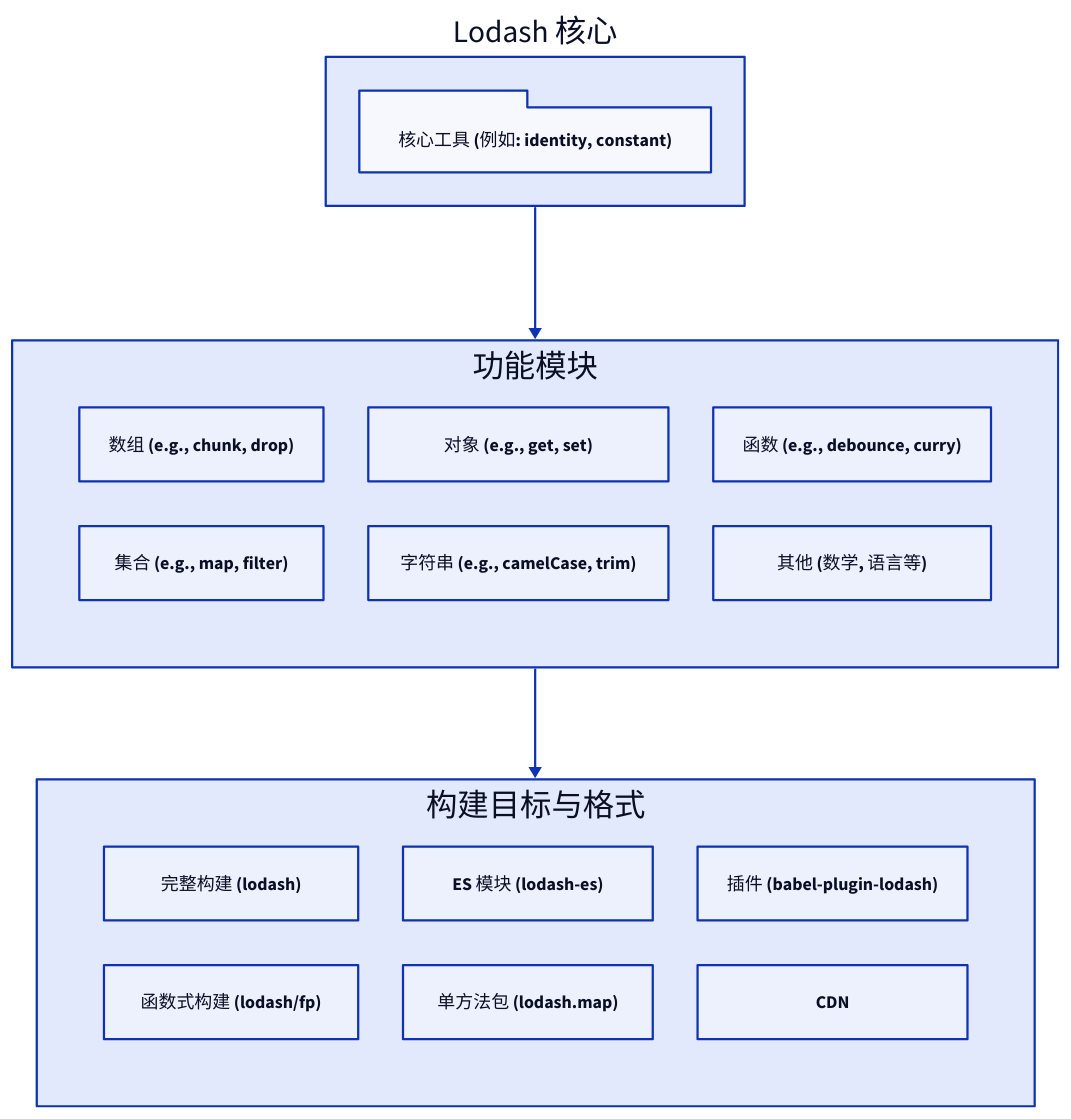
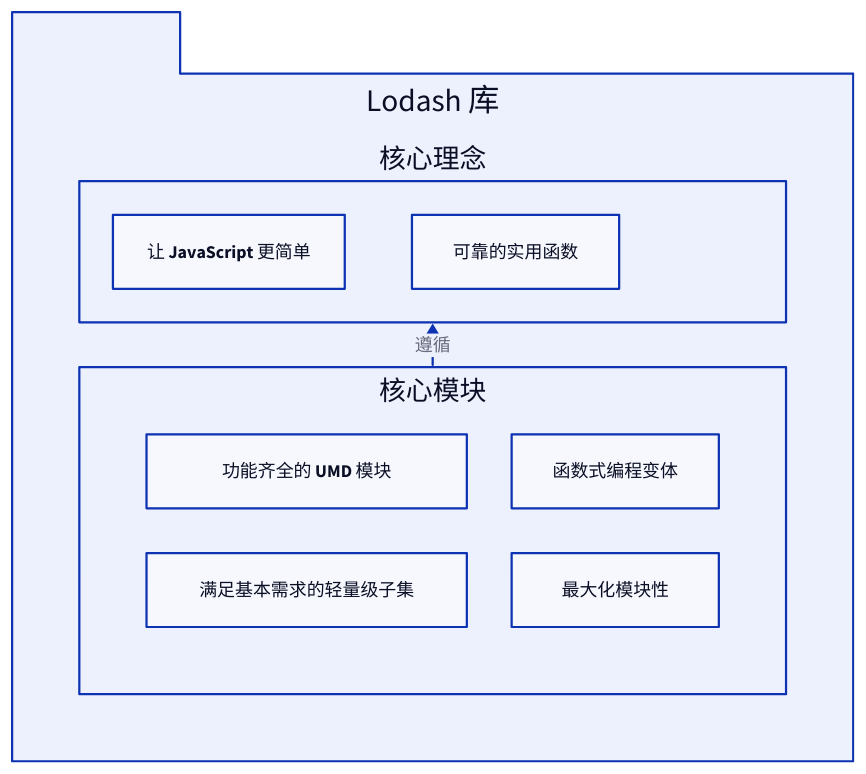
Before and after one commit to lban2049/lodash: the diagram in .aigne/doc-smith/docs/overview.zh.md, drawn with D2. The commit also changed other lines of this file and 40 other files, not shown here.

````diff
--- a/.aigne/doc-smith/docs/overview.zh.md
+++ b/.aigne/doc-smith/docs/overview.zh.md
@@ -25,32 +19,25 @@
 ```d2
 direction: down
 
-"Lodash 核心": {
-  "核心工具 (例如: identity, constant)": {
-    shape: package
+"Lodash 库": {
+  shape: package
+  grid-columns: 1
+
+  "核心理念": {
+    shape: rectangle
+    "简洁性": "让 JavaScript 更简单"
+    "一致性": "可靠的实用函数"
   }
+
+  "核心模块": {
+    shape: rectangle
+    grid-columns: 2
+    "标准构建": "功能齐全的 UMD 模块"
+    "核心构建": "满足基本需求的轻量级子集"
+    "FP 模块": "函数式编程变体"
+    "单方法包": "最大化模块性"
+  }
+
+  "核心模块" -> "核心理念": "遵循"
 }
-
-"功能模块": {
-  grid-columns: 3
-  "数组 (e.g., chunk, drop)": {}
-  "集合 (e.g., map, filter)": {}
-  "对象 (e.g., get, set)": {}
-  "字符串 (e.g., camelCase, trim)": {}
-  "函数 (e.g., debounce, curry)": {}
-  "其他 (数学, 语言等)": {}
-}
-
-"构建目标与格式": {
-  grid-columns: 3
-  "完整构建 (lodash)": {}
-  "函数式构建 (lodash/fp)": {}
-  "ES 模块 (lodash-es)": {}
-  "单方法包 (lodash.map)": {}
-  "插件 (babel-plugin-lodash)": {}
-  "CDN": {}
-}
-
-"Lodash 核心" -> "功能模块"
-"功能模块" -> "构建目标与格式"
 ```
````
